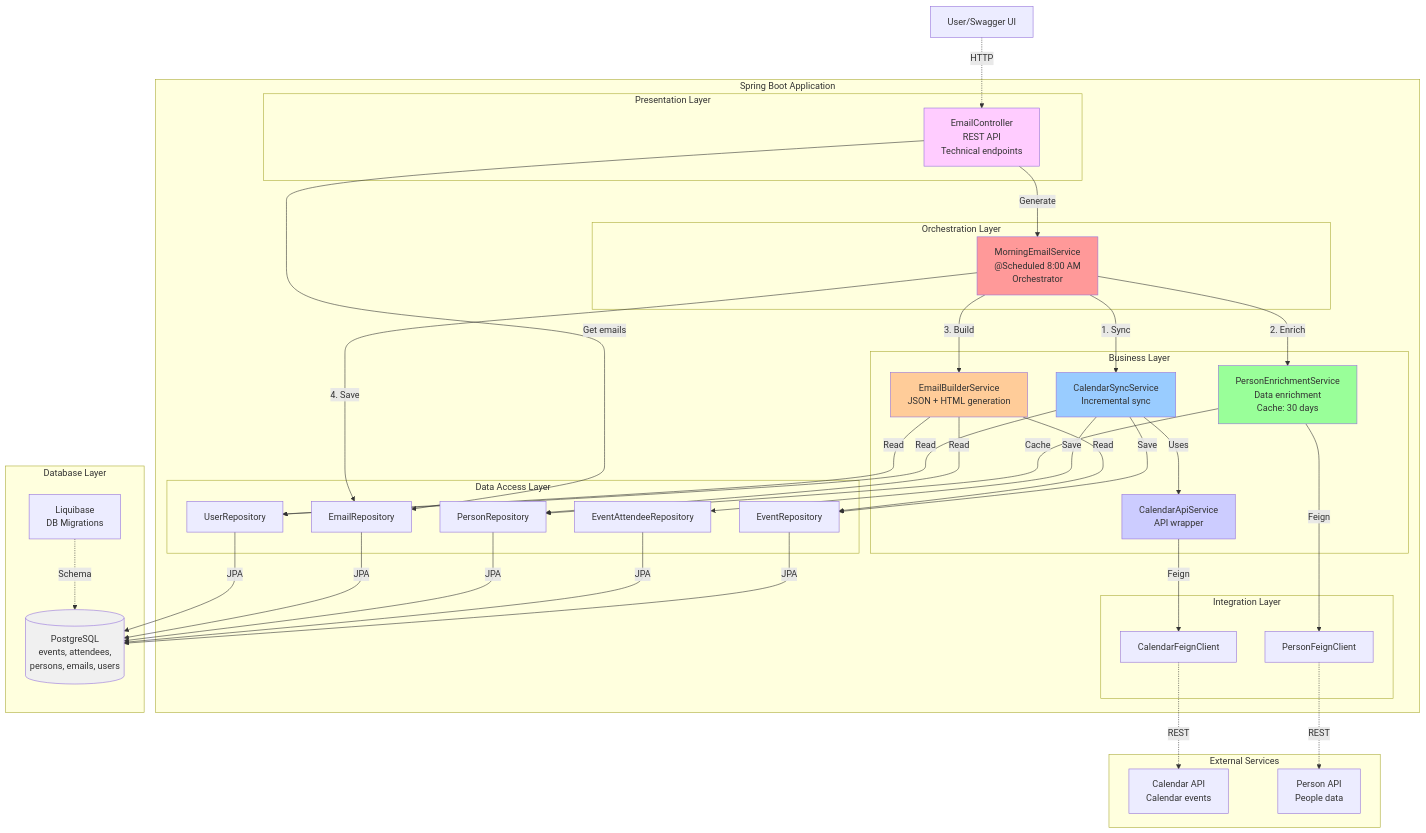
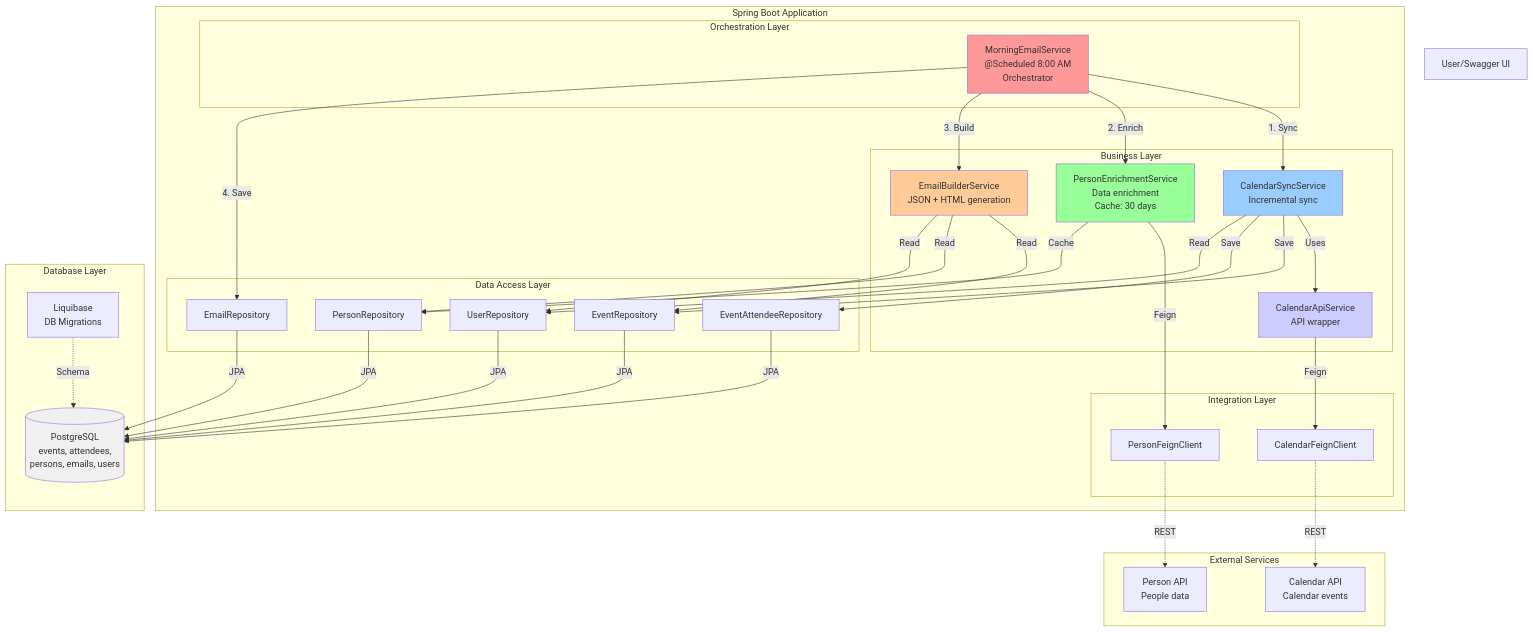
One commit to AnastasiaFil/calendar-enrichment-service changed the diagram in README.md. Above: the diagram before and after it, drawn with Mermaid. The commit also changed other lines of this file, not shown here.

```diff
--- a/README.md
+++ b/README.md
@@ -93,10 +93,6 @@
     end
     
     subgraph "Spring Boot Application"
-        subgraph "Presentation Layer"
-            EmailCtrl[EmailController<br/>REST API<br/>Technical endpoints]
-        end
-        
         subgraph "Orchestration Layer"
             MorningEmail["MorningEmailService<br/>@Scheduled 8:00 AM<br/>Orchestrator"]
         end
@@ -126,11 +122,6 @@
         DB[(PostgreSQL<br/>events, attendees,<br/>persons, emails, users)]
         Liquibase[Liquibase<br/>DB Migrations]
     end
-    
-    User -.->|HTTP| EmailCtrl
-    
-    EmailCtrl -->|Get emails| EmailRepo
-    EmailCtrl -->|Generate| MorningEmail
     
     MorningEmail -->|1. Sync| CalendarSync
     MorningEmail -->|2. Enrich| PersonEnrich
@@ -162,7 +153,6 @@
     
     Liquibase -.->|Schema| DB
     
-    style EmailCtrl fill:#ffccff
     style MorningEmail fill:#ff9999
     style CalendarSync fill:#99ccff
     style PersonEnrich fill:#99ff99
```
